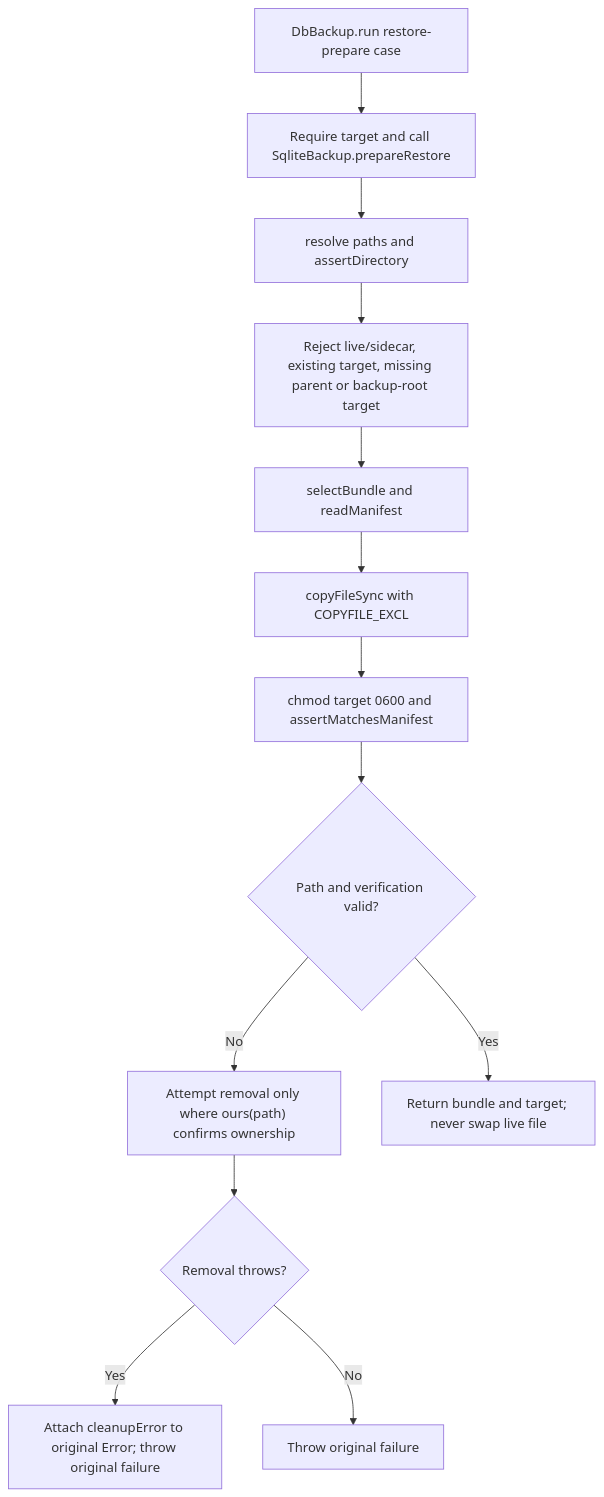
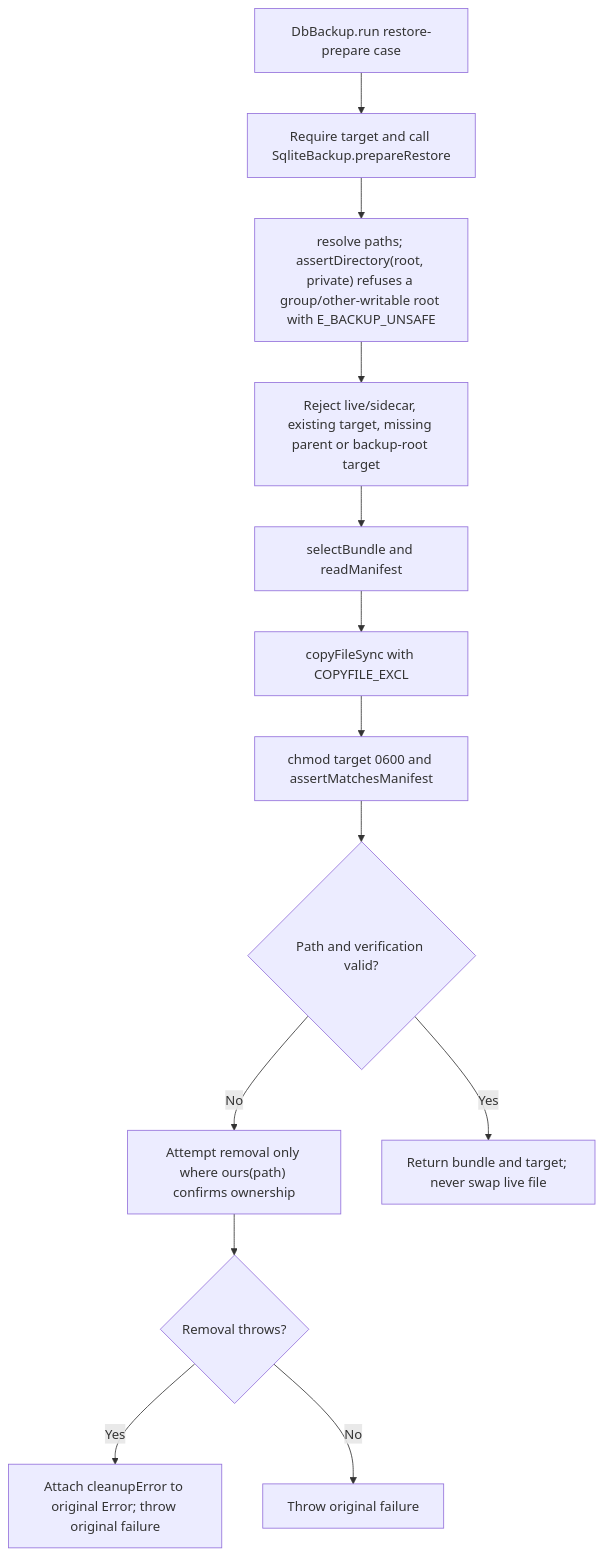
One commit to Kevinjohn/oss-adonisjs-sqlite-backup changed the second of 2 diagrams in user-stories/prepare-restore/us-op-04-prepare-restore.md. Above: the diagram before and after it, drawn with Mermaid. The commit also changed other lines of this file and 9 other files, not shown here.

````diff
--- a/user-stories/prepare-restore/us-op-04-prepare-restore.md
+++ b/user-stories/prepare-restore/us-op-04-prepare-restore.md
@@ -46,15 +46,15 @@
 ```mermaid
 flowchart TD
     A["DbBackup.run restore-prepare case"] --> B["Require target and call SqliteBackup.prepareRestore"]
-    B --> C["resolve paths and assertDirectory"]
+    B --> C["resolve paths; assertDirectory(root, private) refuses a group/other-writable root with E_BACKUP_UNSAFE"]
     C --> D["Reject live/sidecar, existing target, missing parent or backup-root target"]
     D --> E["selectBundle and readManifest"]
     E --> F["copyFileSync with COPYFILE_EXCL"]
     F --> G["chmod target 0600 and assertMatchesManifest"]
     G --> H{"Path and verification valid?"}
     H -->|No| I["Attempt removal only where ours(path) confirms ownership"]
     I --> K{"Removal throws?"}
     K -->|Yes| L["Attach cleanupError to original Error; throw original failure"]
     K -->|No| M["Throw original failure"]
     H -->|Yes| J["Return bundle and target; never swap live file"]
 ```
````
